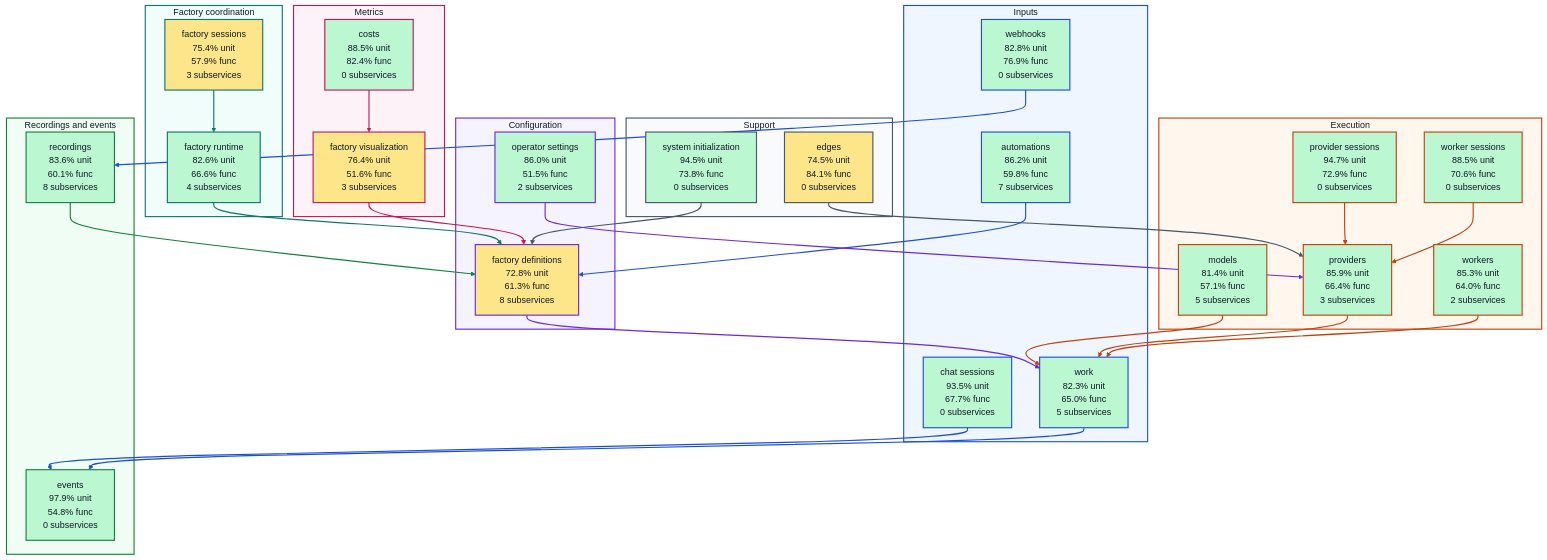
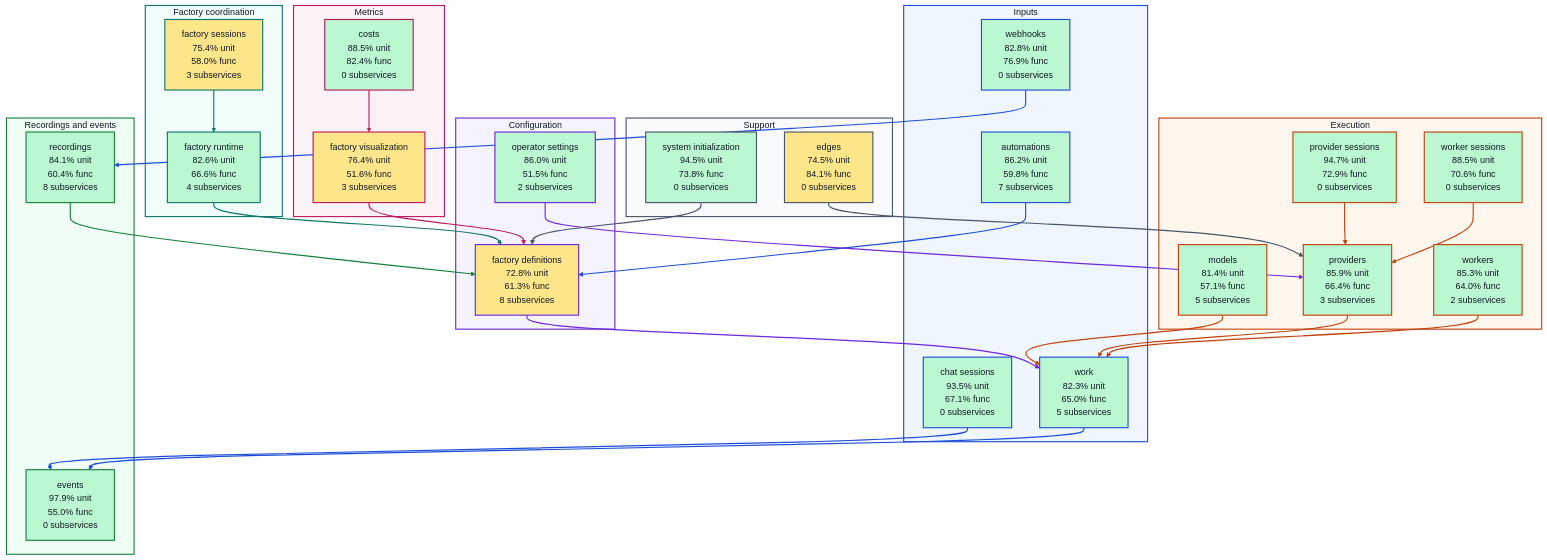
Before and after one commit to portpowered/you-agent-factory: the diagram in docs/architecture/visualizations/high-level-test-coverage.md, drawn with Mermaid (base theme). The commit also changed other lines of this file and 20 other files, not shown here.

Commit message:
docs: refresh backend architecture visualizations

```diff
--- a/docs/architecture/visualizations/high-level-test-coverage.md
+++ b/docs/architecture/visualizations/high-level-test-coverage.md
@@ -12,7 +12,7 @@
 flowchart TB
   subgraph input["Inputs"]
     s_services_automations["automations<br/>86.2% unit<br/>59.8% func<br/>7 subservices"]
-    s_services_chat_sessions["chat sessions<br/>93.5% unit<br/>67.7% func<br/>0 subservices"]
+    s_services_chat_sessions["chat sessions<br/>93.5% unit<br/>67.1% func<br/>0 subservices"]
     s_services_webhooks["webhooks<br/>82.8% unit<br/>76.9% func<br/>0 subservices"]
     s_services_work["work<br/>82.3% unit<br/>65.0% func<br/>5 subservices"]
   end
@@ -22,7 +22,7 @@
   end
   subgraph coordination["Factory coordination"]
     s_services_factory_runtime["factory runtime<br/>82.6% unit<br/>66.6% func<br/>4 subservices"]
-    s_services_factory_sessions["factory sessions<br/>75.4% unit<br/>57.9% func<br/>3 subservices"]
+    s_services_factory_sessions["factory sessions<br/>75.4% unit<br/>58.0% func<br/>3 subservices"]
   end
   subgraph execution["Execution"]
     s_services_models["models<br/>81.4% unit<br/>57.1% func<br/>5 subservices"]
@@ -32,8 +32,8 @@
     s_services_workers["workers<br/>85.3% unit<br/>64.0% func<br/>2 subservices"]
   end
   subgraph recordings["Recordings and events"]
-    s_services_events["events<br/>97.9% unit<br/>54.8% func<br/>0 subservices"]
-    s_services_recordings["recordings<br/>83.6% unit<br/>60.1% func<br/>8 subservices"]
+    s_services_events["events<br/>97.9% unit<br/>55.0% func<br/>0 subservices"]
+    s_services_recordings["recordings<br/>84.1% unit<br/>60.4% func<br/>8 subservices"]
   end
   subgraph metrics["Metrics"]
     s_services_costs["costs<br/>88.5% unit<br/>82.4% func<br/>0 subservices"]
```
